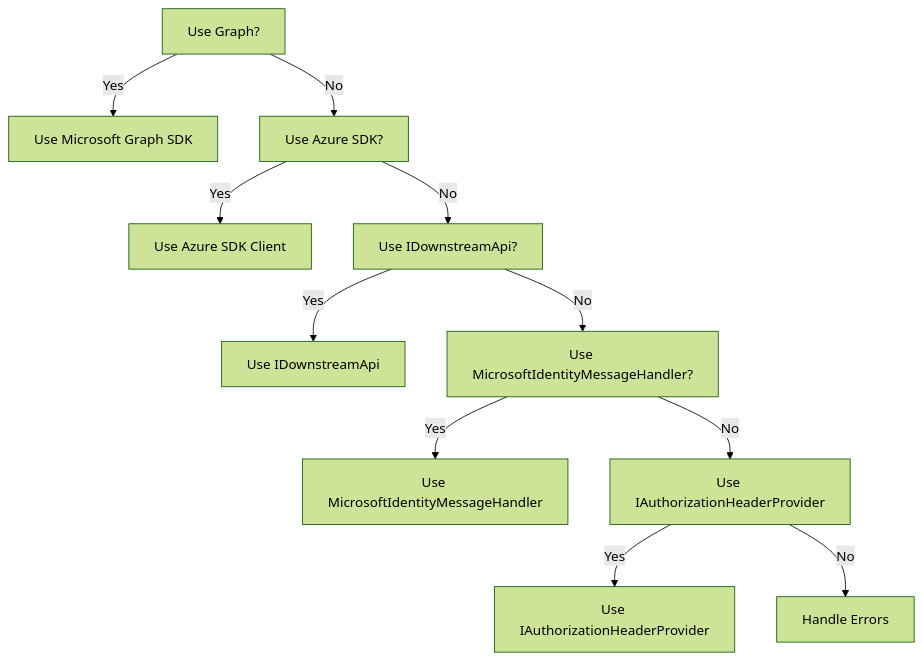
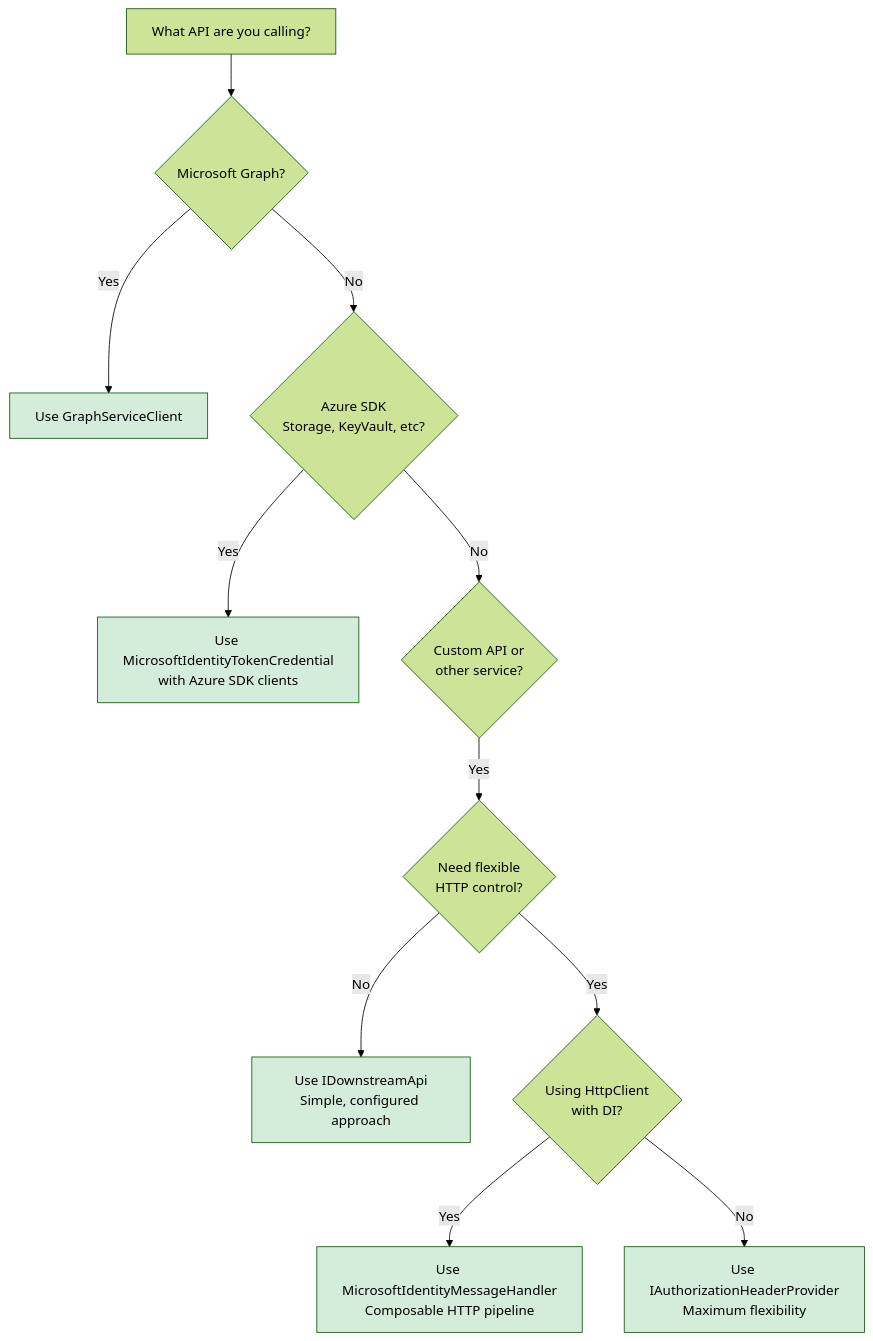
Before and after one commit to AzureAD/microsoft-identity-web: the first of 2 diagrams in docs/calling-downstream-apis/README.md, drawn with Mermaid (forest theme). The commit also changed other lines of this file and 4 other files, not shown here.

````diff
--- a/docs/calling-downstream-apis/README.md
+++ b/docs/calling-downstream-apis/README.md
@@ -4,14 +9,19 @@
 ```mermaid
-graph TD;
-    A[Use Graph?] -->|Yes| B[Use Microsoft Graph SDK];
-    A -->|No| C[Use Azure SDK?];
-    C -->|Yes| D[Use Azure SDK Client];
-    C -->|No| E[Use IDownstreamApi?];
-    E -->|Yes| F[Use IDownstreamApi];
-    E -->|No| G[Use MicrosoftIdentityMessageHandler?];
-    G -->|Yes| H[Use MicrosoftIdentityMessageHandler];
-    G -->|No| I[Use IAuthorizationHeaderProvider];
-    I -->|Yes| J[Use IAuthorizationHeaderProvider];
-    I -->|No| K[Handle Errors];
-
+graph TD
+    A[What API are you calling?] --> B{Microsoft Graph?}
+    B -->|Yes| C[Use GraphServiceClient]
+    B -->|No| D{Azure SDK<br/>Storage, KeyVault, etc?}
+    D -->|Yes| E[Use MicrosoftIdentityTokenCredential<br/>with Azure SDK clients]
+    D -->|No| F{Custom API or<br/>other service?}
+    F -->|Yes| G{Need flexible<br/>HTTP control?}
+    G -->|No| H[Use IDownstreamApi<br/>Simple, configured approach]
+    G -->|Yes| I{Using HttpClient<br/>with DI?}
+    I -->|Yes| J[Use MicrosoftIdentityMessageHandler<br/>Composable HTTP pipeline]
+    I -->|No| K[Use IAuthorizationHeaderProvider<br/>Maximum flexibility]
+    
+    style C fill:#d4edda
+    style E fill:#d4edda
+    style H fill:#d4edda
+    style J fill:#d4edda
+    style K fill:#d4edda
 ```
````
